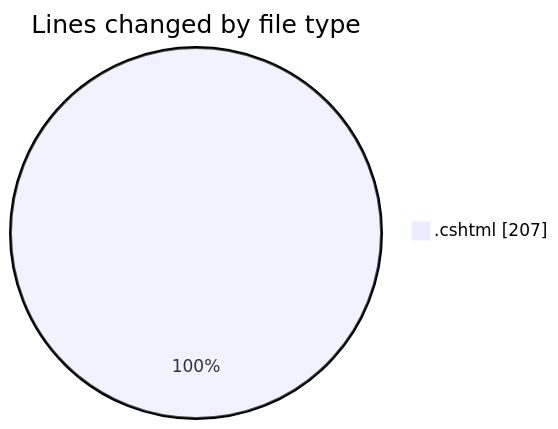
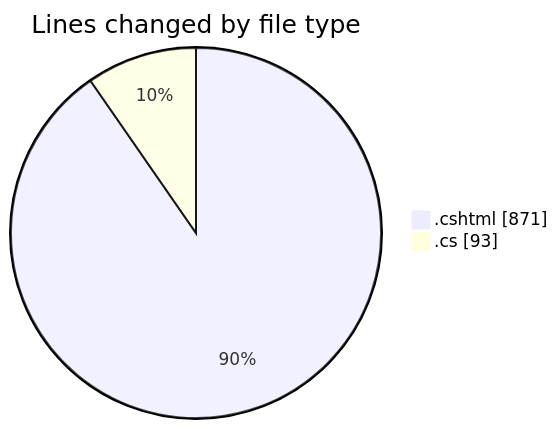
Before and after one commit to lephambinh05/code-tracking: the first of 2 diagrams in 2025-07-20/nhahang/README.md, drawn with Mermaid. The commit also changed other lines of this file and 1 other file, not shown here.

````diff
--- a/2025-07-20/nhahang/README.md
+++ b/2025-07-20/nhahang/README.md
@@ -20,5 +25,6 @@
 ```mermaid
 pie showData
 title Lines changed by file type
-".cshtml" : 207
+".cshtml" : 871
+".cs" : 93
 ```
````
